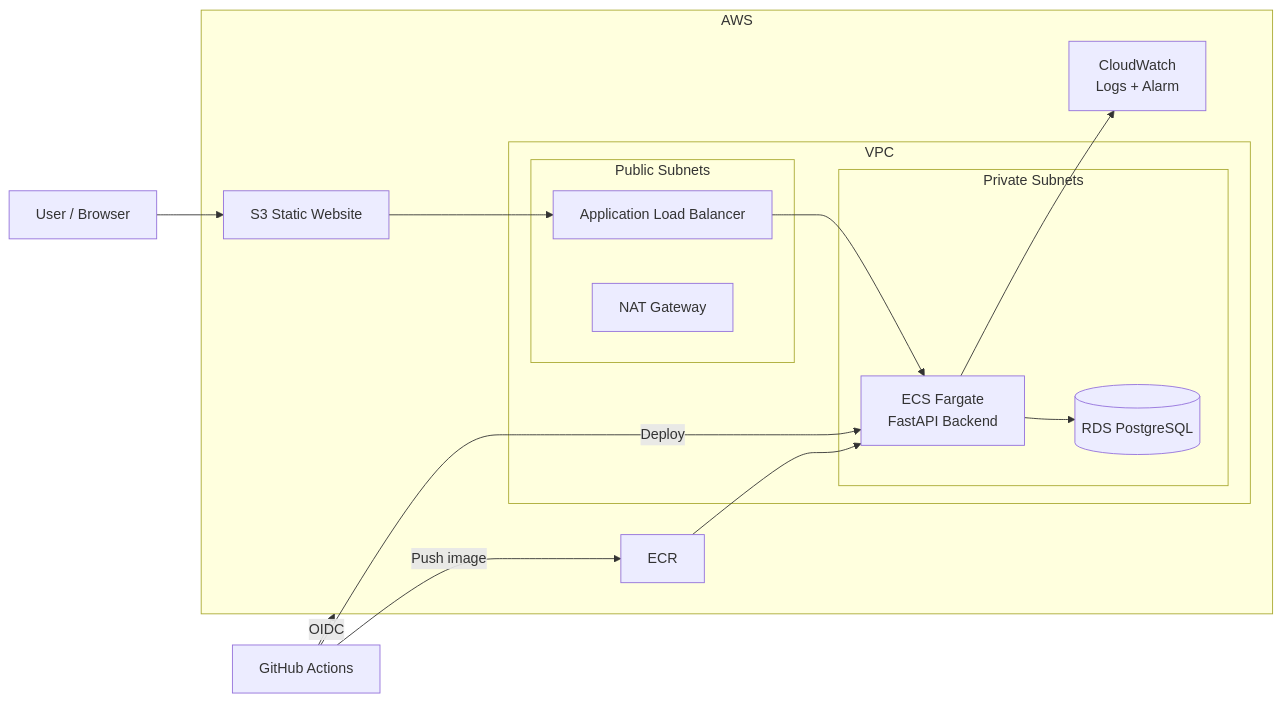
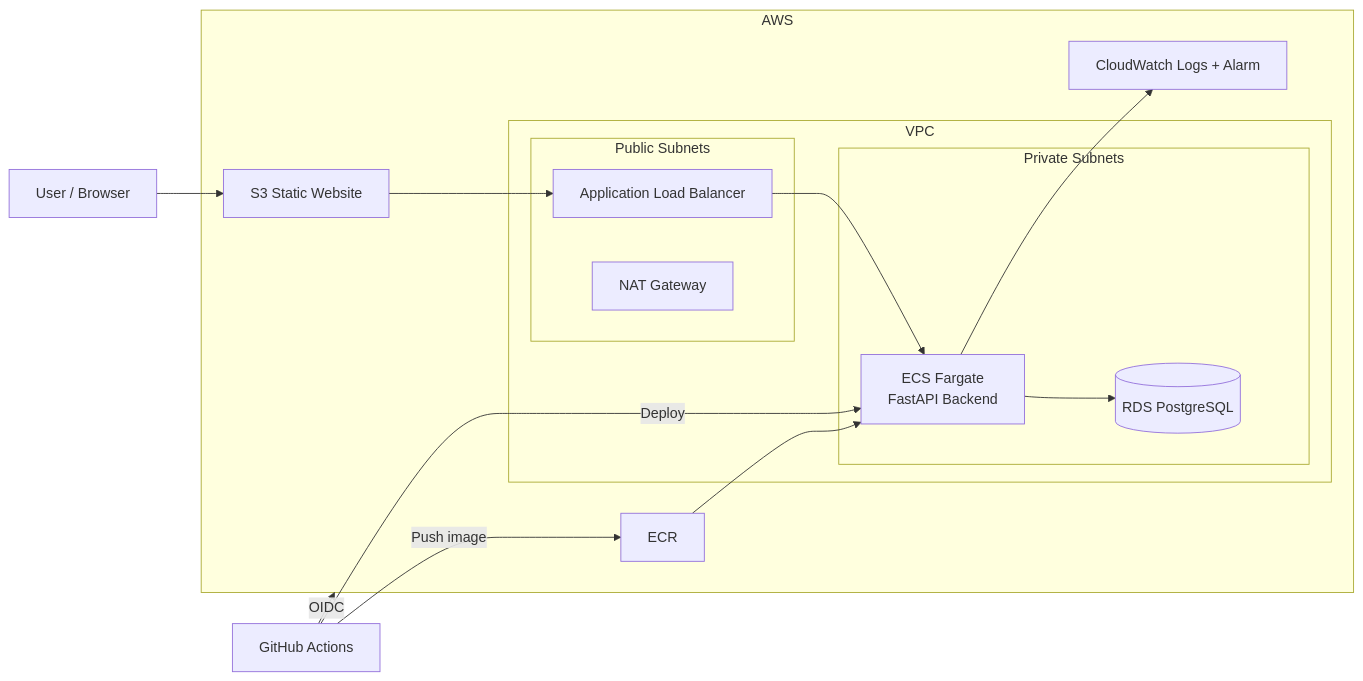
One commit to ahmedrabe33/cloud-devops-assessment changed the diagram in README.md. Above: the diagram before and after it, drawn with Mermaid. The commit also changed other lines of this file, not shown here.

````diff
--- a/README.md
+++ b/README.md
@@ -34,38 +35,35 @@
 ```mermaid
 flowchart LR
     U[User / Browser]
+    GH[GitHub Actions]
 
     subgraph AWS[AWS]
         S3[S3 Static Website]
-        ALB[Application Load Balancer]
+        ECR[ECR]
+        CW[CloudWatch Logs + Alarm]
 
         subgraph VPC[VPC]
-            subgraph PUB[Public Subnets]
-                ALB
+            subgraph PUBLIC[Public Subnets]
+                ALB[Application Load Balancer]
                 NAT[NAT Gateway]
             end
 
-            subgraph PRIV[Private Subnets]
+            subgraph PRIVATE[Private Subnets]
                 ECS[ECS Fargate<br/>FastAPI Backend]
                 RDS[(RDS PostgreSQL)]
             end
         end
-
-        ECR[ECR]
-        CW[CloudWatch<br/>Logs + Alarm]
     end
-
-    GH[GitHub Actions]
 
     U --> S3
     S3 --> ALB
     ALB --> ECS
     ECS --> RDS
 
     GH -->|OIDC| AWS
     GH -->|Push image| ECR
     ECR --> ECS
     GH -->|Deploy| ECS
 
     ECS --> CW
 ```
````
